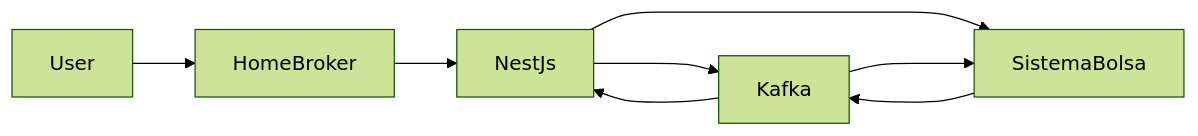
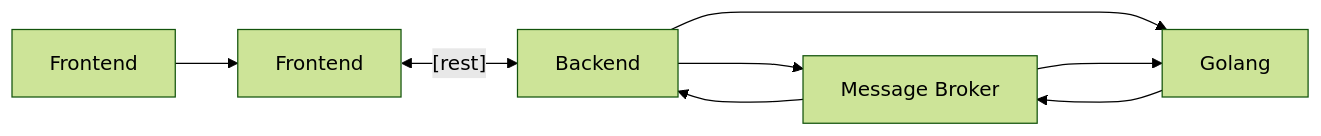
The diagram in README.md (HomeBroker-IFSFC/.github), drawn with Mermaid (forest theme) before and after one commit. The commit also changed other lines of this file, not shown here.

Commit message:
FlowChart

````diff
--- a/README.md
+++ b/README.md
@@ -13,10 +13,10 @@
 ```mermaid
 graph LR;
-    User-->HomeBroker;
-    HomeBroker -->NestJs;
-    NestJs-->Kafka;
-    Kafka--->NestJs;
-    NestJs--->SistemaBolsa;
-    SistemaBolsa--->Kafka;
-    Kafka--->SistemaBolsa;
+    User[Frontend] --> HomeBroker[Frontend];
+    HomeBroker[Frontend] <--[rest]--> NestJs[Backend];
+    NestJs[Backend] --> Kafka[Message Broker];
+    Kafka[Message Broker] ---> NestJs[Backend];
+    NestJs[Backend] ---> SistemaBolsa[Golang];
+    SistemaBolsa[Golang] ---> Kafka[Message Broker];
+    Kafka[Message Broker] ---> SistemaBolsa[Golang];
 ```
````
